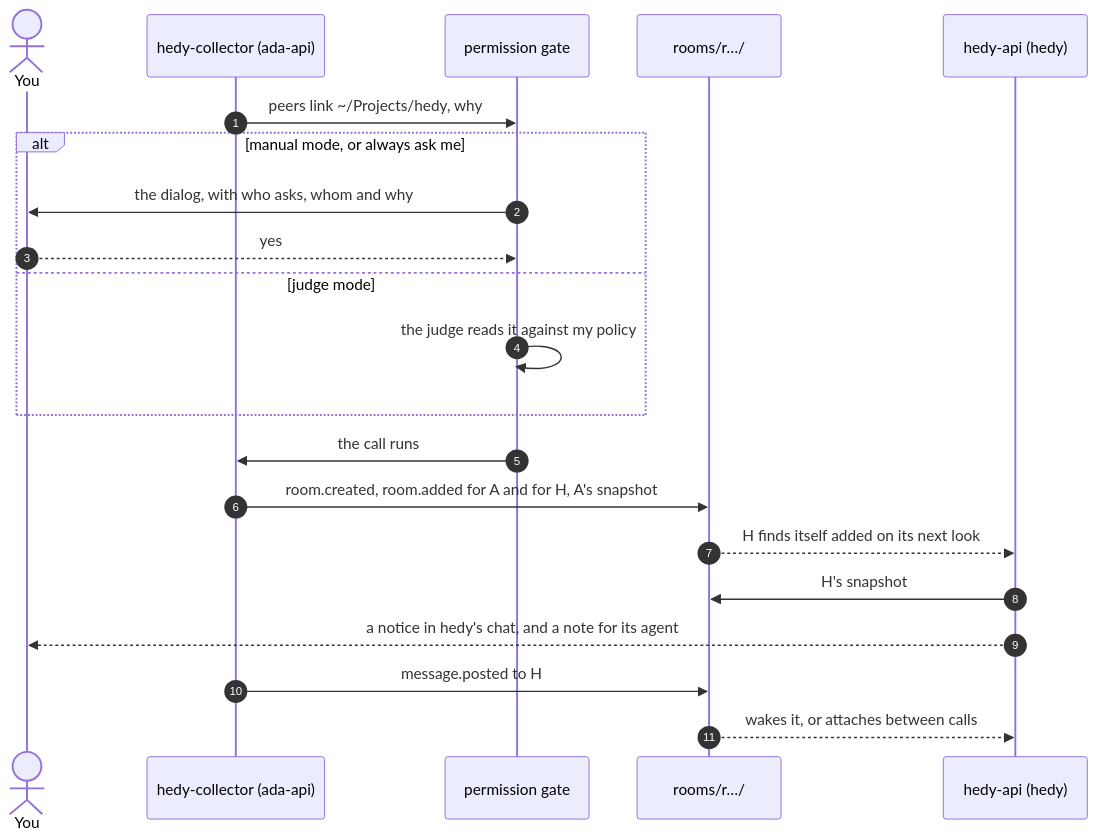
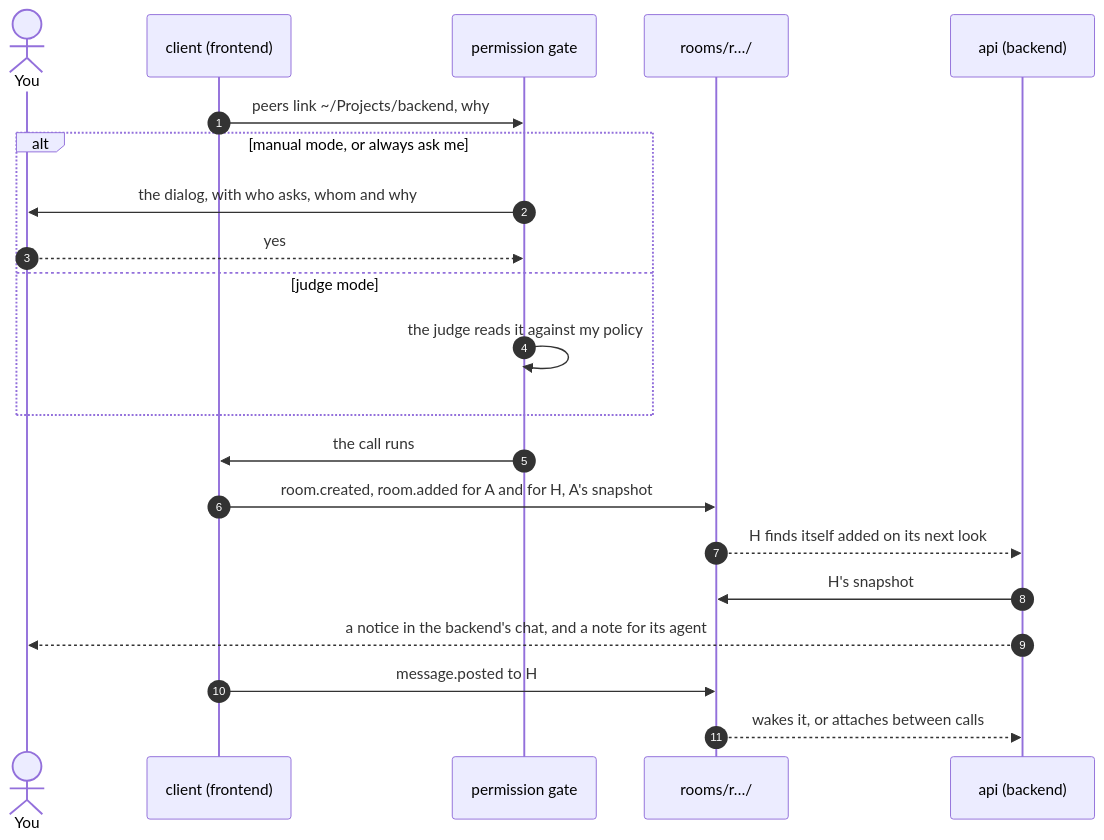
The diagram in docs/rooms.md (dima6312/pi-harness), drawn with Mermaid before and after one commit. The commit also changed other lines of this file and 12 other files, not shown here.

````diff
--- a/docs/rooms.md
+++ b/docs/rooms.md
@@ -178,23 +178,23 @@
 ```mermaid
 sequenceDiagram
   autonumber
   actor You
-  participant A as hedy-collector (ada-api)
+  participant A as client (frontend)
   participant G as permission gate
   participant R as rooms/r…/
-  participant H as hedy-api (hedy)
-  A->>G: peers link ~/Projects/hedy, why
+  participant H as api (backend)
+  A->>G: peers link ~/Projects/backend, why
   alt manual mode, or always ask me
     G->>You: the dialog, with who asks, whom and why
     You-->>G: yes
   else judge mode
     G->>G: the judge reads it against my policy
   end
   G->>A: the call runs
   A->>R: room.created, room.added for A and for H, A's snapshot
   R-->>H: H finds itself added on its next look
   H->>R: H's snapshot
-  H-->>You: a notice in hedy's chat, and a note for its agent
+  H-->>You: a notice in the backend's chat, and a note for its agent
   A->>R: message.posted to H
   R-->>H: wakes it, or attaches between calls
 ```
````
